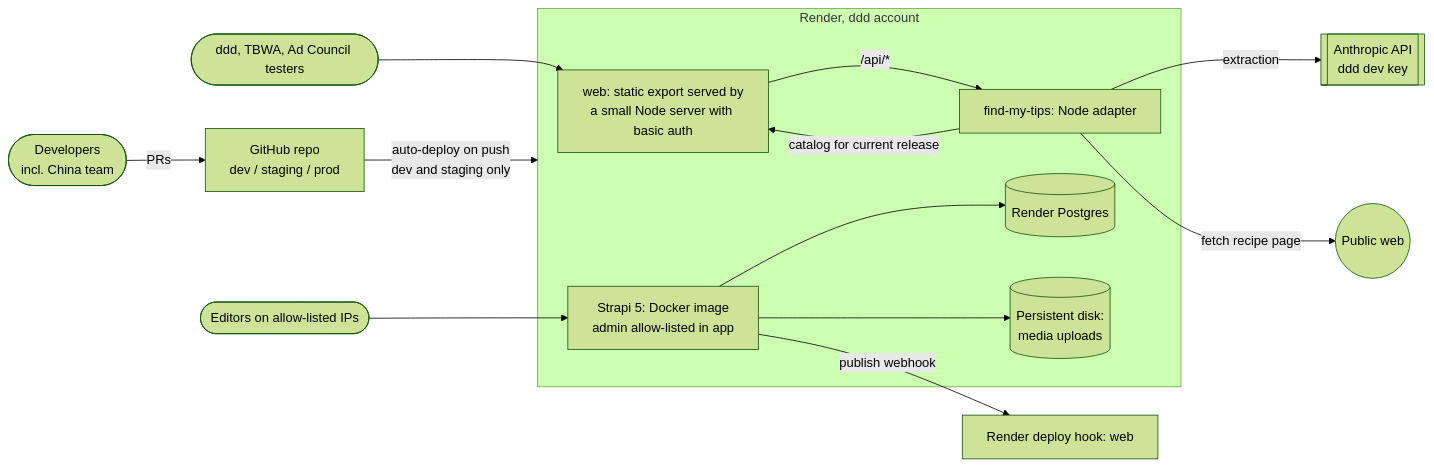
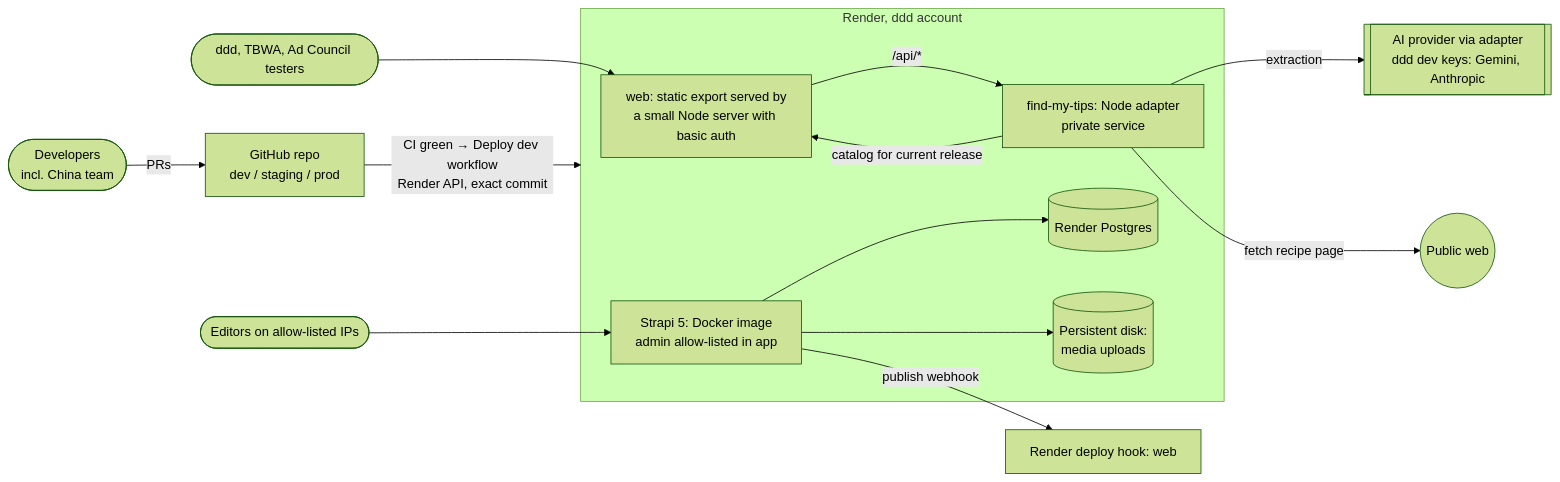
One commit to hancock01919sh/llf changed the first of 6 diagrams in docs/TDD.md. Above: the diagram before and after it, drawn with Mermaid (forest theme). The commit also changed other lines of this file and 38 other files, not shown here.

First line of the commit message:
BD3244-15: feat(infra): Render dev deploy, CMS admin allow-list, PR Jira check (#1)

````diff
--- a/docs/TDD.md
+++ b/docs/TDD.md
@@ -233,21 +238,21 @@
 ```mermaid
 flowchart LR
   devs([Developers<br/>incl. China team]) -->|PRs| gh[GitHub repo<br/>dev / staging / prod]
-  gh -->|auto-deploy on push<br/>dev and staging only| render
+  gh -->|CI green → Deploy dev workflow<br/>Render API, exact commit| render
   subgraph render[Render, ddd account]
     web[web: static export served by<br/>a small Node server with basic auth]
-    api[find-my-tips: Node adapter]
+    api[find-my-tips: Node adapter<br/>private service]
     cms[Strapi 5: Docker image<br/>admin allow-listed in app]
     pg[(Render Postgres)]
     disk[(Persistent disk:<br/>media uploads)]
   end
   testers([ddd, TBWA, Ad Council testers]) --> web
   web -->|/api/*| api
   api -->|catalog for current release| web
-  api -->|extraction| claude[[Anthropic API<br/>ddd dev key]]
+  api -->|extraction| claude[[AI provider via adapter<br/>ddd dev keys: Gemini, Anthropic]]
   api -->|fetch recipe page| www((Public web))
   editors([Editors on allow-listed IPs]) --> cms
   cms --> pg
   cms --> disk
   cms -->|publish webhook| hook[Render deploy hook: web]
 ```
````
